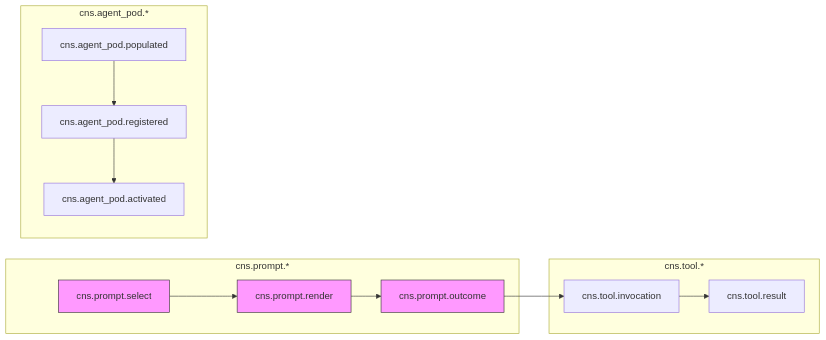
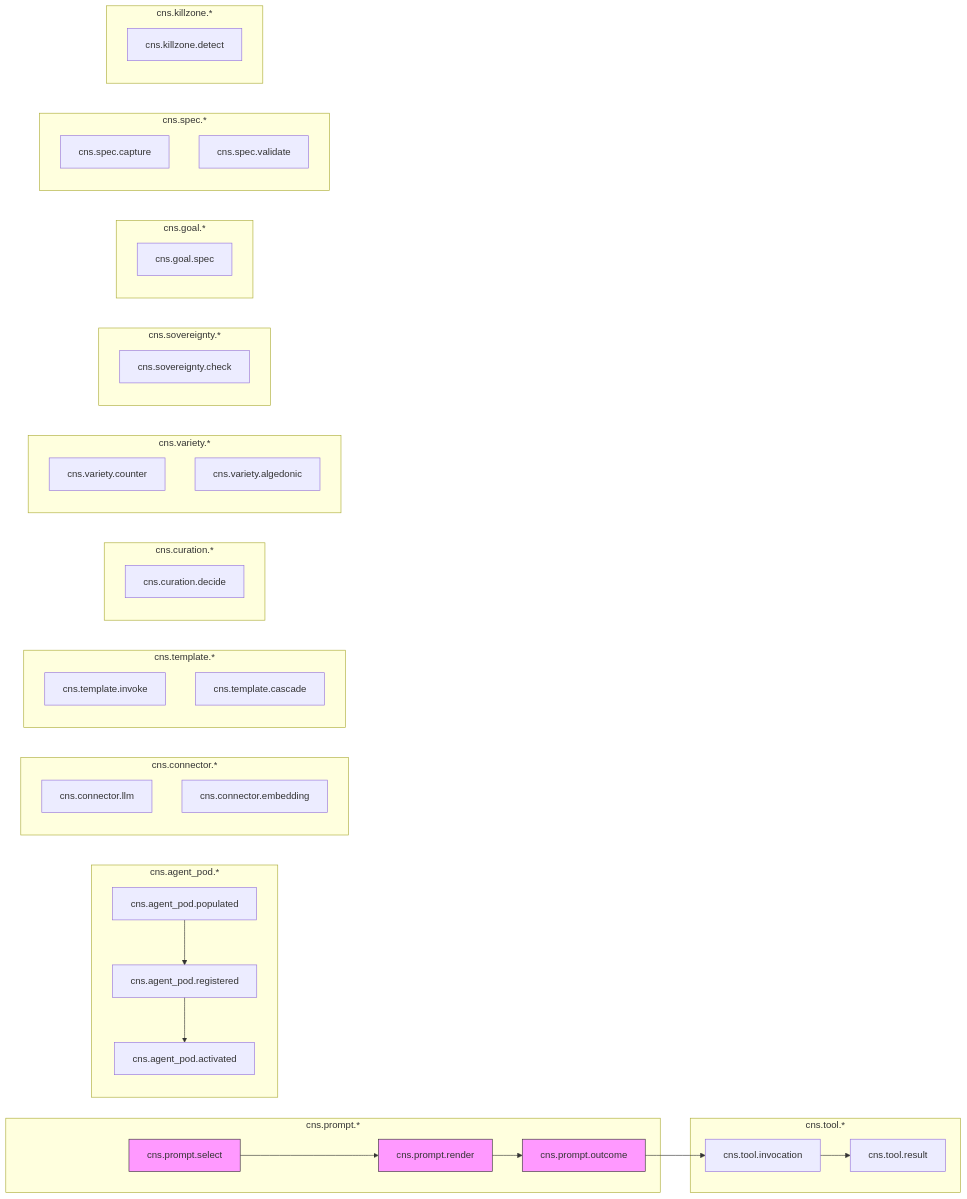
Before and after one commit to mdz-axo/hKask: the fifth of 6 diagrams in docs/architecture/hKask-erd.md, drawn with Mermaid. The commit also changed other lines of this file and 25 other files, not shown here.

````diff
--- a/docs/architecture/hKask-erd.md
+++ b/docs/architecture/hKask-erd.md
@@ -232,31 +260,67 @@
 ```mermaid
 graph LR
     subgraph "cns.prompt.*"
         CPS[cns.prompt.select]
         CPR[cns.prompt.render]
         CPO[cns.prompt.outcome]
     end
     
     subgraph "cns.tool.*"
         CTI[cns.tool.invocation]
         CTR[cns.tool.result]
     end
     
     subgraph "cns.agent_pod.*"
         CAP[cns.agent_pod.populated]
         CAR[cns.agent_pod.registered]
         CAA[cns.agent_pod.activated]
     end
     
+    subgraph "cns.connector.*"
+        CCI[cns.connector.llm]
+        CCE[cns.connector.embedding]
+    end
+    
+    subgraph "cns.template.*"
+        CTPL[cns.template.invoke]
+        CTCS[cns.template.cascade]
+    end
+    
+    subgraph "cns.curation.*"
+        CCUR[cns.curation.decide]
+    end
+    
+    subgraph "cns.variety.*"
+        CVAR[cns.variety.counter]
+        CALG[cns.variety.algedonic]
+    end
+    
+    subgraph "cns.sovereignty.*"
+        CSOV[cns.sovereignty.check]
+    end
+    
+    subgraph "cns.goal.*"
+        CGOAL[cns.goal.spec]
+    end
+    
+    subgraph "cns.spec.*"
+        CSPEC[cns.spec.capture]
+        CSPECV[cns.spec.validate]
+    end
+    
+    subgraph "cns.killzone.*"
+        CKZ[cns.killzone.detect]
+    end
+    
     CPS --> CPR
     CPR --> CPO
     CPO --> CTI
     CTI --> CTR
     
     CAP --> CAR
     CAR --> CAA
     
     style CPS fill:#f9f,stroke:#333
     style CPR fill:#f9f,stroke:#333
     style CPO fill:#f9f,stroke:#333
 ```
````
